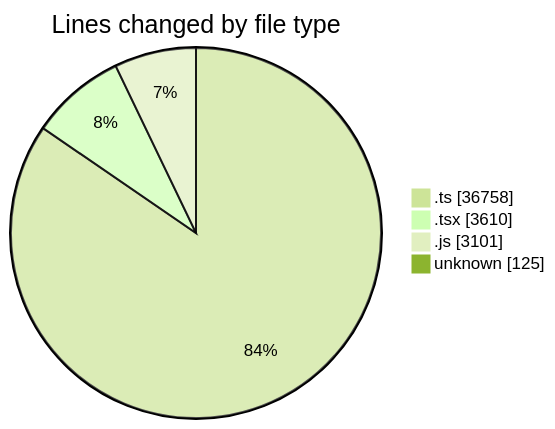
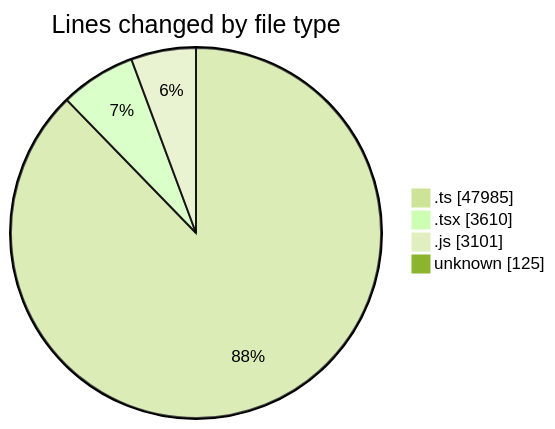
Before and after one commit to momahboobian/code-tracking: the first of 2 diagrams in 2026-09-18/cda/README.md, drawn with Mermaid (forest theme). The commit also changed other lines of this file and 1 other file, not shown here.

````diff
--- a/2026-09-18/cda/README.md
+++ b/2026-09-18/cda/README.md
@@ -56,8 +56,8 @@
 ```mermaid
 pie showData
 title Lines changed by file type
-".ts" : 36758
+".ts" : 47985
 ".tsx" : 3610
 ".js" : 3101
 "unknown" : 125
 ```
````
